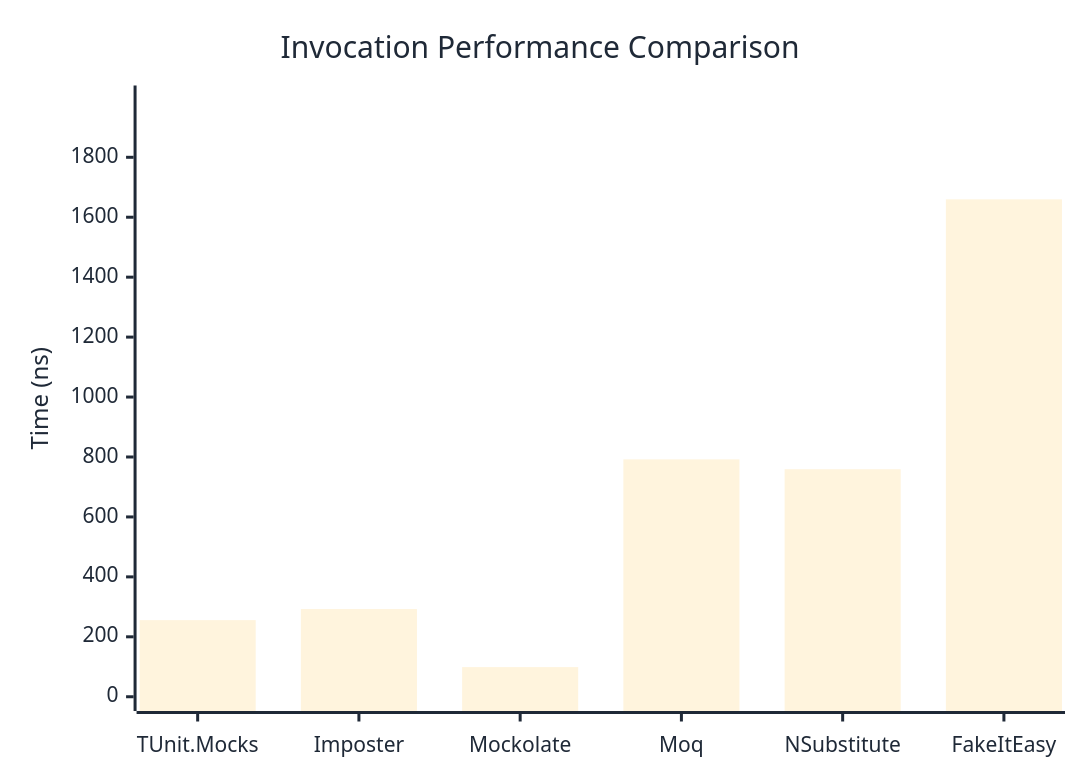
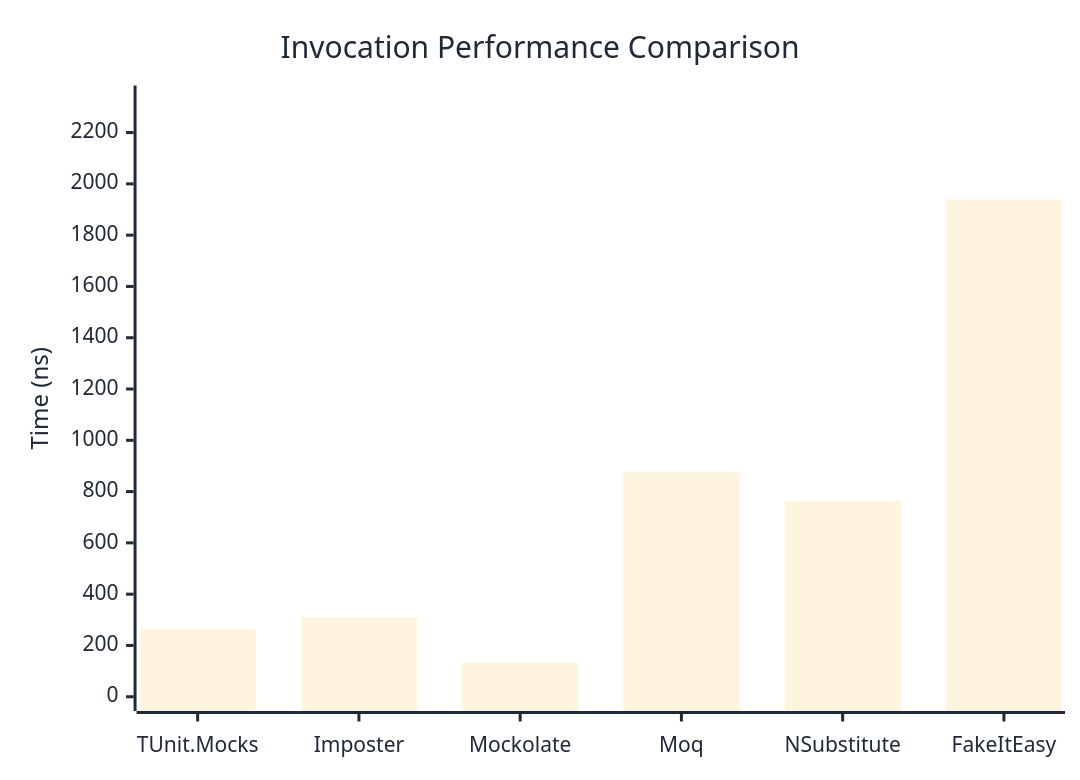
The first of 3 diagrams in docs/docs/benchmarks/mocks/Invocation.md (thomhurst/TUnit), drawn with Mermaid before and after one commit. The commit also changed other lines of this file and 14 other files, not shown here.

````diff
--- a/docs/docs/benchmarks/mocks/Invocation.md
+++ b/docs/docs/benchmarks/mocks/Invocation.md
@@ -28,27 +28,27 @@
 ```mermaid
 %%{init: {
   'theme':'base',
   'themeVariables': {
     'primaryColor': '#2563eb',
     'primaryTextColor': '#1f2937',
     'primaryBorderColor': '#1e40af',
     'lineColor': '#6b7280',
     'secondaryColor': '#7c3aed',
     'tertiaryColor': '#dc2626',
     'background': '#ffffff',
     'pie1': '#2563eb',
     'pie2': '#7c3aed',
     'pie3': '#dc2626',
     'pie4': '#f59e0b',
     'pie5': '#10b981',
     'pie6': '#06b6d4',
     'pie7': '#ec4899',
     'pie8': '#6366f1'
   }
 }}%%
 xychart-beta
   title "Invocation Performance Comparison"
   x-axis ["TUnit.Mocks", "Imposter", "Mockolate", "Moq", "NSubstitute", "FakeItEasy"]
-  y-axis "Time (ns)" 0 --> 1992
-  bar [255.66, 292.65, 98.9, 792.14, 759.23, 1659.69]
+  y-axis "Time (ns)" 0 --> 2328
+  bar [264.9, 309.8, 131.1, 874.3, 763.9, 1939.3]
 ```
````
